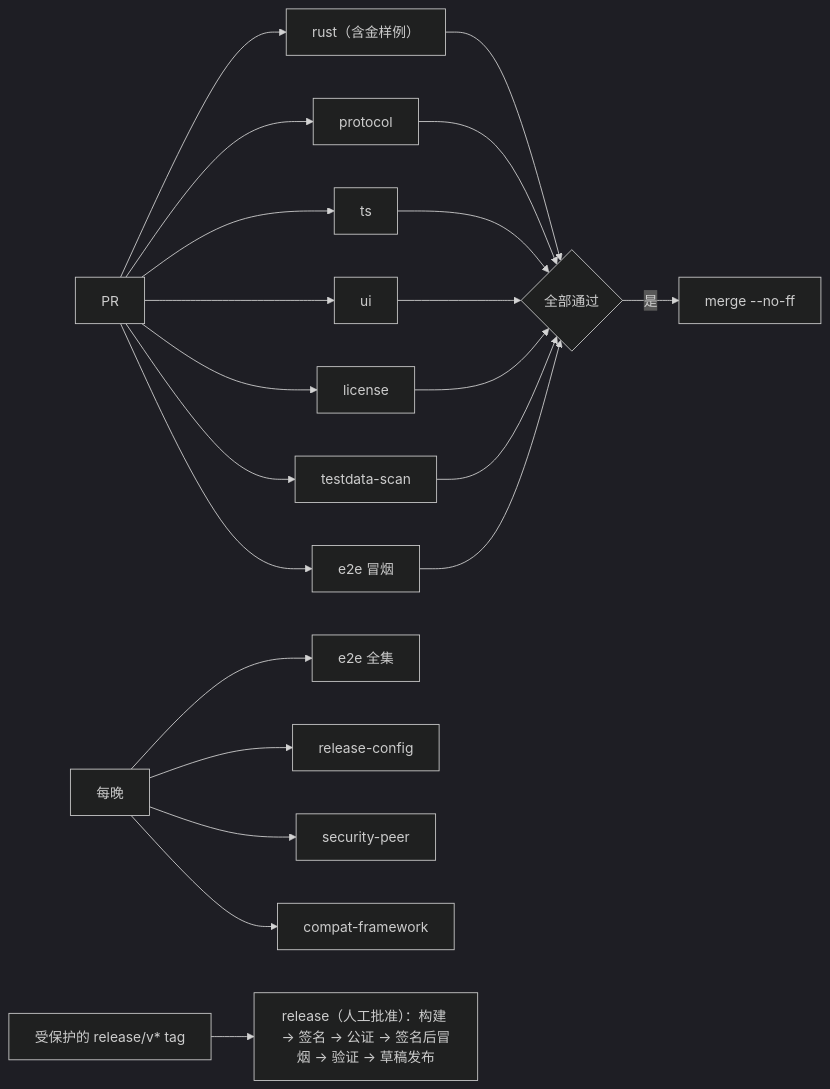
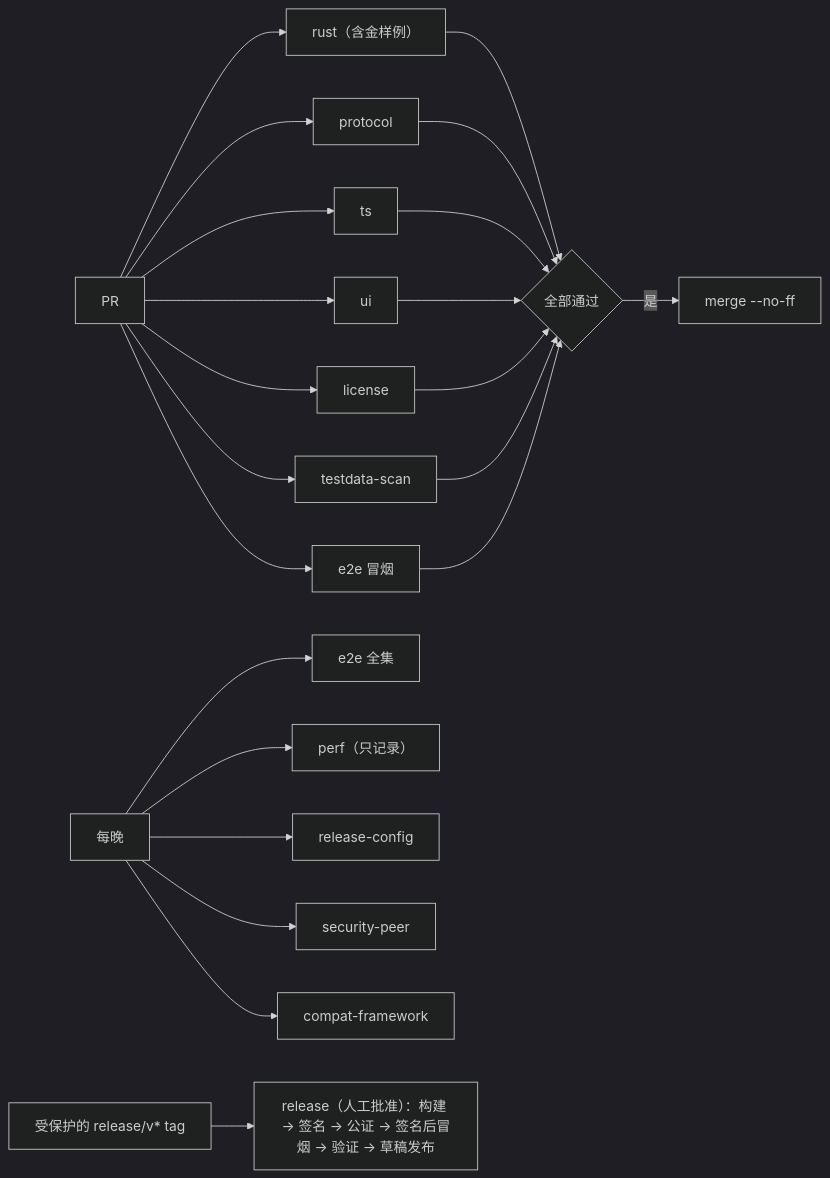
Before and after one commit to boris-w/cupper: the diagram in docs/design/01-repo-build-ci.md, drawn with Mermaid (dark theme). The commit also changed other lines of this file and 6 other files, not shown here.

First line of the commit message:
docs: archive T219, tick it; PERF only records, IT-sys-peer-current is na

````diff
--- a/docs/design/01-repo-build-ci.md
+++ b/docs/design/01-repo-build-ci.md
@@ -149,8 +150,8 @@
 ```mermaid
 flowchart LR
   PR["PR"] --> R["rust（含金样例）"] & P["protocol"] & T["ts"] & U["ui"] & L["license"] & D["testdata-scan"] & E["e2e 冒烟"]
   R & P & T & U & L & D & E --> M{"全部通过"}
   M -->|是| MERGE["merge --no-ff"]
-  NIGHT["每晚"] --> E2["e2e 全集"] & RC["release-config"] & S14["security-peer"] & CF["compat-framework"]
+  NIGHT["每晚"] --> E2["e2e 全集"] & PF["perf（只记录）"] & RC["release-config"] & S14["security-peer"] & CF["compat-framework"]
   TAG["受保护的 release/v* tag"] --> REL["release（人工批准）：构建 → 签名 → 公证 → 签名后冒烟 → 验证 → 草稿发布"]
 ```
````
